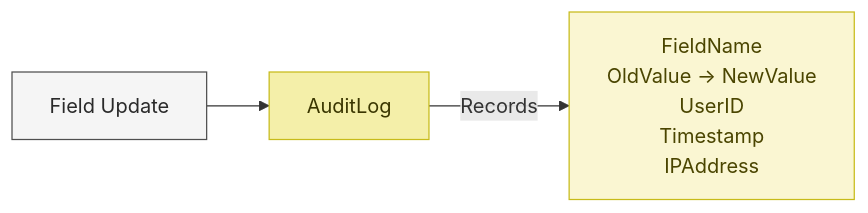
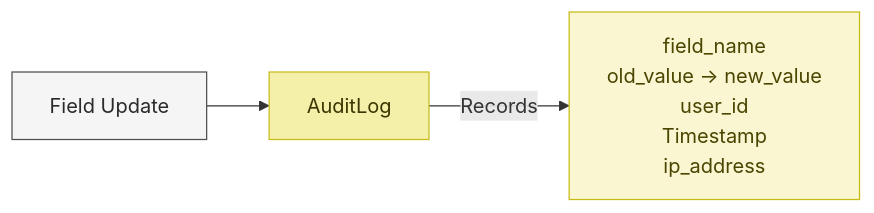
The sixth of 7 diagrams in docs/database-overview.md (XRFutureForests/digital-twin-db), drawn with Mermaid before and after one commit. The commit also changed other lines of this file and 11 other files, not shown here.

First line of the commit message:
docs: snake_case column names in examples and schema references

````diff
--- a/docs/database-overview.md
+++ b/docs/database-overview.md
@@ -531,8 +531,8 @@
 ```mermaid
 flowchart LR
     Change["Field Update"] --> AuditLog
-    AuditLog --> |"Records"| Details["FieldName<br/>OldValue → NewValue<br/>UserID<br/>Timestamp<br/>IPAddress"]
+    AuditLog --> |"Records"| Details["field_name<br/>old_value → new_value<br/>user_id<br/>Timestamp<br/>ip_address"]
     style AuditLog fill:#F4EFA9,stroke:#c7bb1a,color:#3a3600
     style Change fill:#f5f5f5,stroke:#4f4f4f,color:#2a2a2a
     style Details fill:#FAF6D2,stroke:#c7bb1a,color:#4a4500
 ```
````
